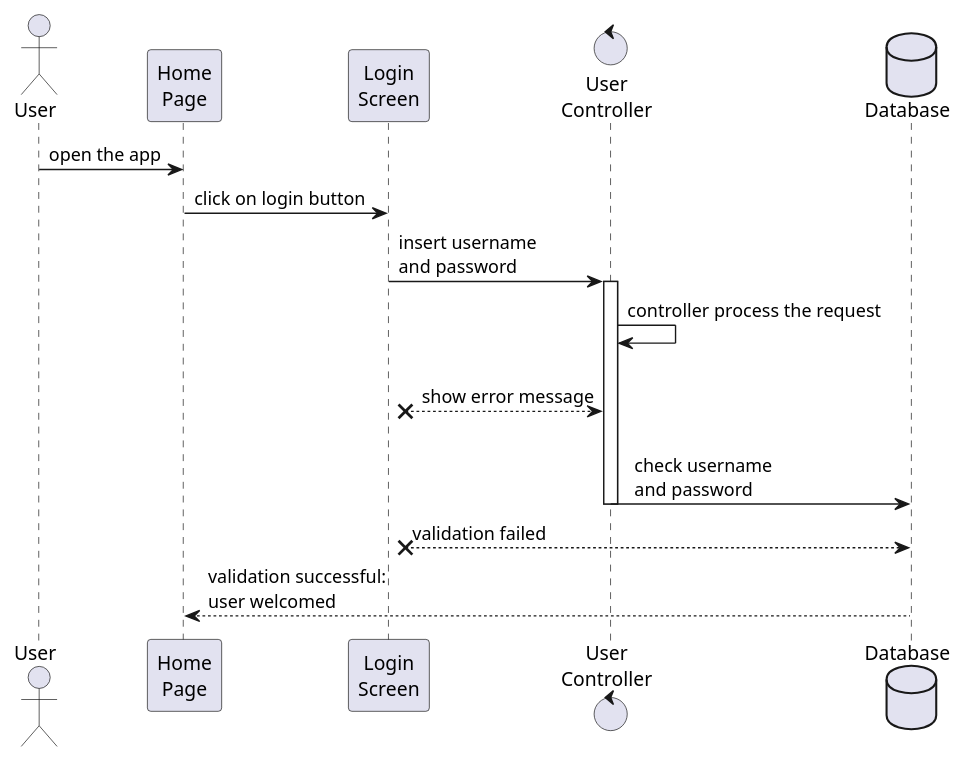
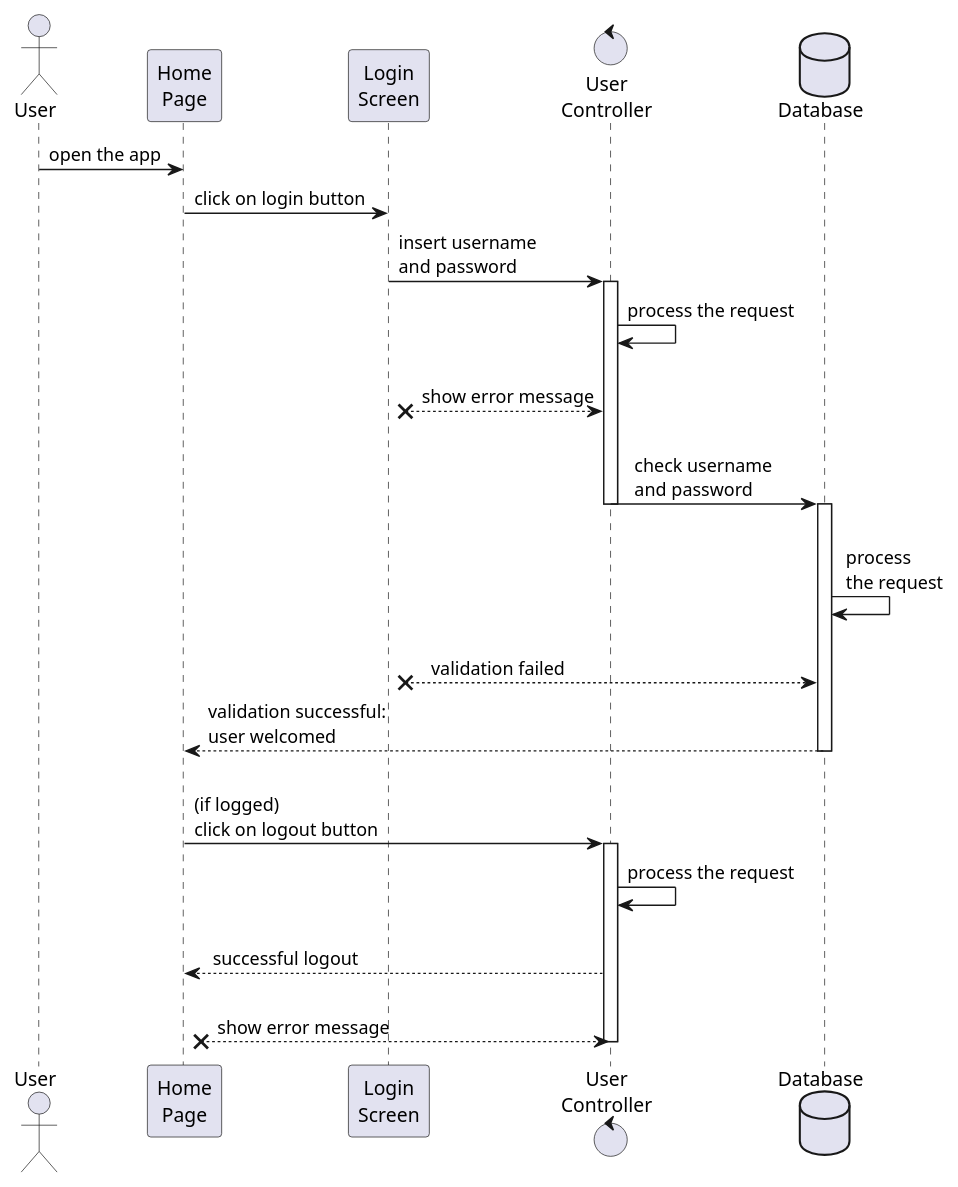
One commit to TommasoScalici/FoodDelivery changed the diagram in src/main/java/unipa/fooddelivery/diagrams/sequence/loginsequence.wsd. Above: the diagram before and after it, drawn with PlantUML. The commit also changed 1 other file, not shown here.

Commit message:
fix register, fix login -> inserito logout e modificato il diagramma

```diff
--- a/src/main/java/unipa/fooddelivery/diagrams/sequence/loginsequence.wsd
+++ b/src/main/java/unipa/fooddelivery/diagrams/sequence/loginsequence.wsd
@@ -1,21 +1,34 @@
 @startuml Login Sequence Diagram
 
 actor User
 participant "Home\nPage" as HomePage
 participant "Login\nScreen" as LoginScreen
 control "User\nController" as UserController
 database Database
 
 User -> HomePage : open the app
 HomePage -> LoginScreen : click on login button
 LoginScreen -> UserController : insert username \nand password
 
 activate UserController
-UserController -> UserController: controller process the request
+UserController -> UserController: process the request
 LoginScreen x-- UserController: \n  show error message
 UserController -> Database : \n   check username\n   and password
 deactivate UserController
 
-LoginScreen x-- Database: validation failed 
+
+activate Database
+Database -> Database: \n process\n the request
+LoginScreen x-- Database: \n    validation failed 
 HomePage <-- Database : validation successful:\nuser welcomed
+deactivate Database
+
+HomePage -> UserController: \n(if logged)\nclick on logout button
+
+activate UserController
+UserController -> UserController: process the request
+HomePage <-- UserController: \n successful logout
+HomePage x-- UserController: \n  show error message
+deactivate UserController
+
 @enduml
```
